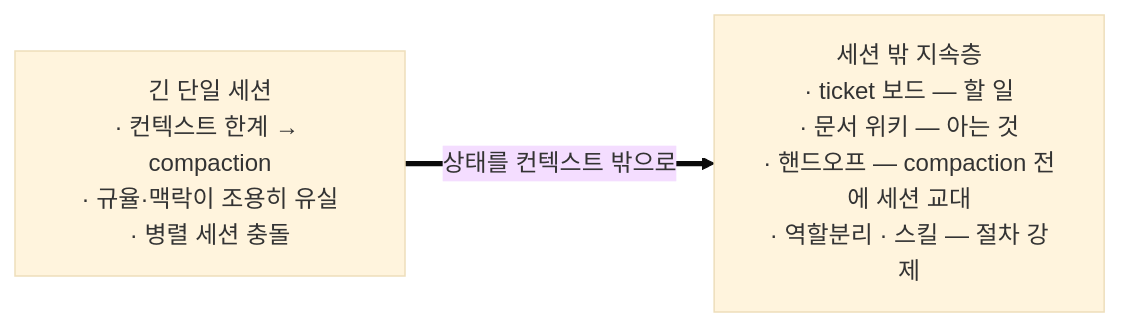
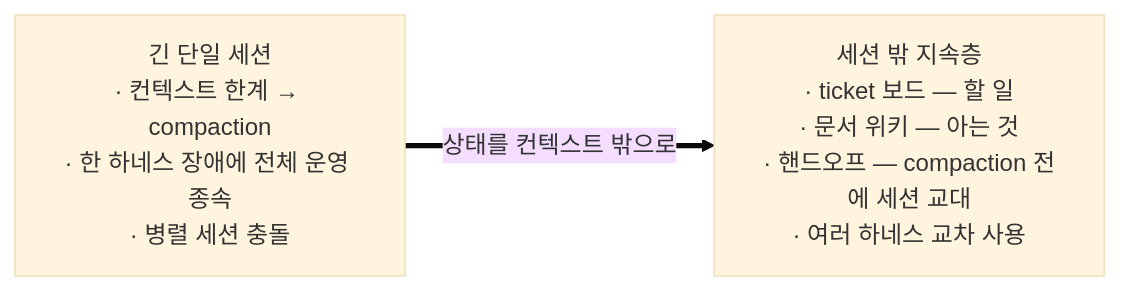
Before and after one commit to sumin-ahn/project_manager: the first of 15 diagrams in README.md, drawn with Mermaid (base theme). The commit also changed other lines of this file, not shown here.

````diff
--- a/README.md
+++ b/README.md
@@ -33,6 +49,6 @@
 ```mermaid
 flowchart LR
-    A["긴 단일 세션<br/>· 컨텍스트 한계 → compaction<br/>· 규율·맥락이 조용히 유실<br/>· 병렬 세션 충돌"]
-    B["세션 밖 지속층<br/>· ticket 보드 — 할 일<br/>· 문서 위키 — 아는 것<br/>· 핸드오프 — compaction 전에 세션 교대<br/>· 역할분리 · 스킬 — 절차 강제"]
+    A["긴 단일 세션<br/>· 컨텍스트 한계 → compaction<br/>· 한 하네스 장애에 전체 운영 종속<br/>· 병렬 세션 충돌"]
+    B["세션 밖 지속층<br/>· ticket 보드 — 할 일<br/>· 문서 위키 — 아는 것<br/>· 핸드오프 — compaction 전에 세션 교대<br/>· 여러 하네스 교차 사용"]
     A ==>|"상태를 컨텍스트 밖으로"| B
 ```
````
